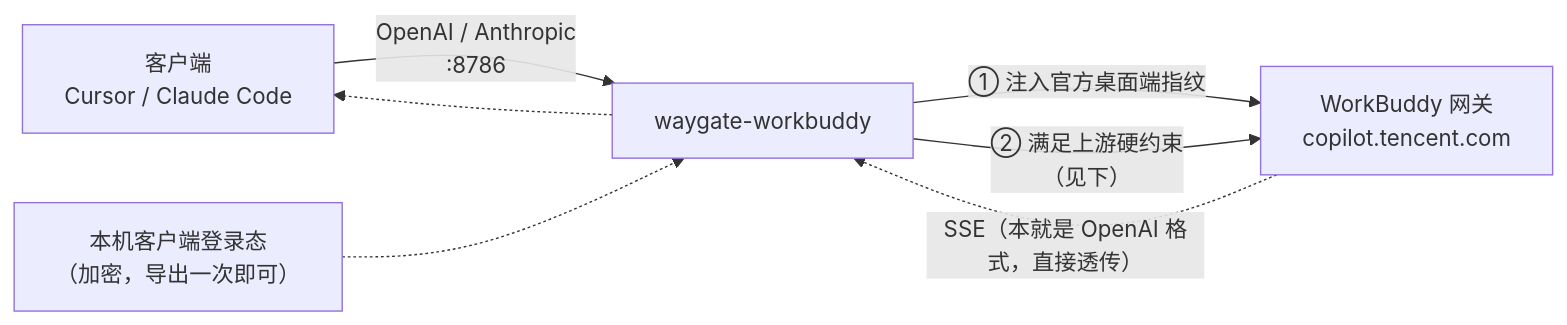
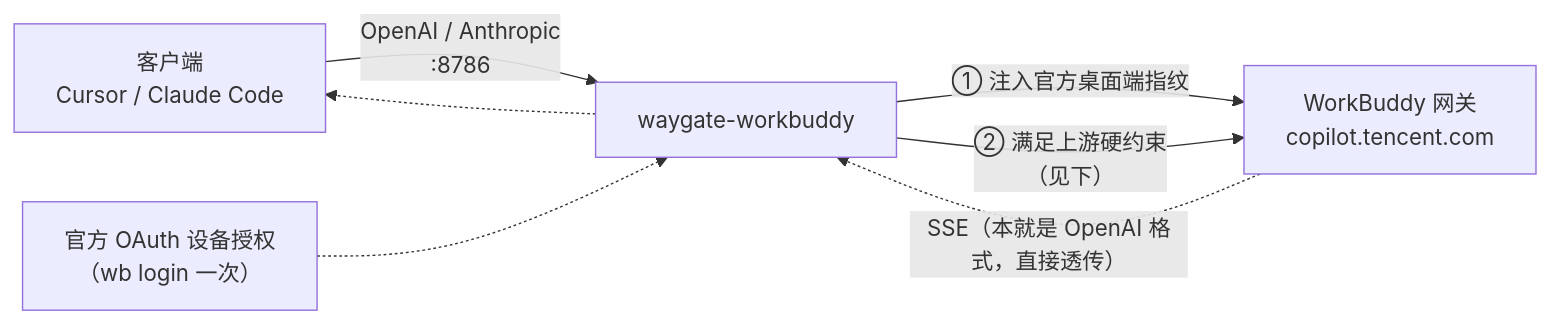
The diagram in README.md (zhanghaojie513/waygate-workbuddy), drawn with Mermaid before and after one commit. The commit also changed other lines of this file and 9 other files, not shown here.

First line of the commit message:
refactor!: 凭证改为官方 OAuth 设备授权 —— 不读本机文件、不解密

````diff
--- a/README.md
+++ b/README.md
@@ -82,9 +84,9 @@
 ```mermaid
 flowchart LR
   C["客户端<br/>Cursor / Claude Code"] -->|"OpenAI / Anthropic<br/>:8786"| W["waygate-workbuddy"]
   W -->|"① 注入官方桌面端指纹"| U["WorkBuddy 网关<br/>copilot.tencent.com"]
   W -->|"② 满足上游硬约束<br/>（见下）"| U
   U -.->|"SSE（本就是 OpenAI 格式，直接透传）"| W
   W -.-> C
-  L["本机客户端登录态<br/>（加密，导出一次即可）"] -.-> W
+  L["官方 OAuth 设备授权<br/>（wb login 一次）"] -.-> W
 ```
````
